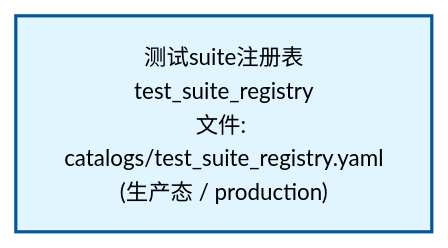
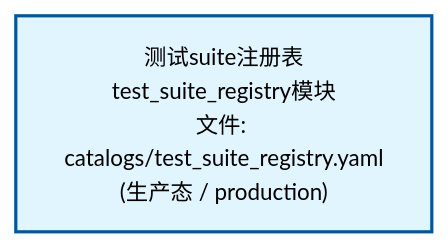
Before and after one commit to xuanFelixVan/ZephyrAlpha: the first of 2 diagrams in docs/02_enterprise_architecture/02_domain_architecture_docs/33_d_audittest.md, drawn with Mermaid. The commit also changed other lines of this file and 62 other files, not shown here.

````diff
--- a/docs/02_enterprise_architecture/02_domain_architecture_docs/33_d_audittest.md
+++ b/docs/02_enterprise_architecture/02_domain_architecture_docs/33_d_audittest.md
@@ -53,10 +53,10 @@
 ```mermaid
 %%{init: {'theme': 'base', 'themeVariables': {'primaryColor': '#eaeaea', 'primaryTextColor': '#333333', 'primaryBorderColor': '#666666', 'lineColor': '#666666', 'secondaryColor': '#eaeaea', 'tertiaryColor': '#eaeaea', 'fontSize': '14px'}}}%%
 flowchart TD
-    docs_01_policies_and_standards_registry_catalogs_test_suite_registry_yaml["测试suite注册表<br/>test_suite_registry<br/>文件: catalogs/test_suite_registry.yaml<br/>(生产态 / production)"]
+    docs_01_policies_and_standards_registry_catalogs_test_suite_registry_yaml["测试suite注册表<br/>test_suite_registry模块<br/>文件: catalogs/test_suite_registry.yaml<br/>(生产态 / production)"]
     classDef production fill:#e1f5fe,stroke:#01579b,stroke-width:2px,color:#000
     classDef design fill:#fff3e0,stroke:#e65100,stroke-width:2px,color:#000,stroke-dasharray: 5 5
     classDef external_prod fill:#e8f4fd,stroke:#0277bd,stroke-width:1px,color:#000
     classDef external_design fill:#fff8e7,stroke:#ef6c00,stroke-width:1px,color:#000,stroke-dasharray: 5 5
     class docs_01_policies_and_standards_registry_catalogs_test_suite_registry_yaml production
 ```
````
